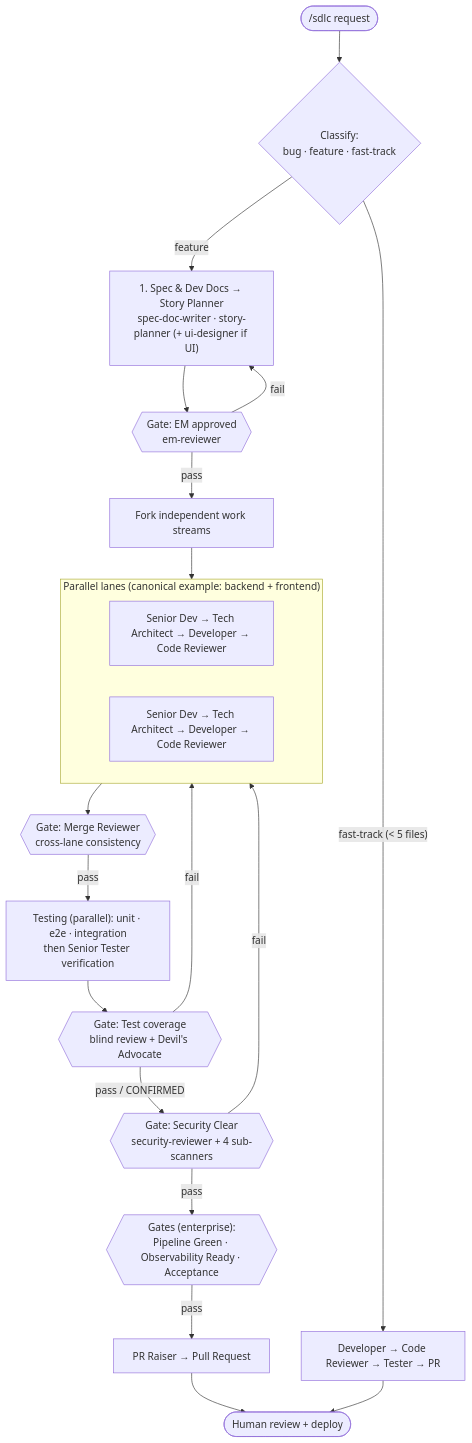
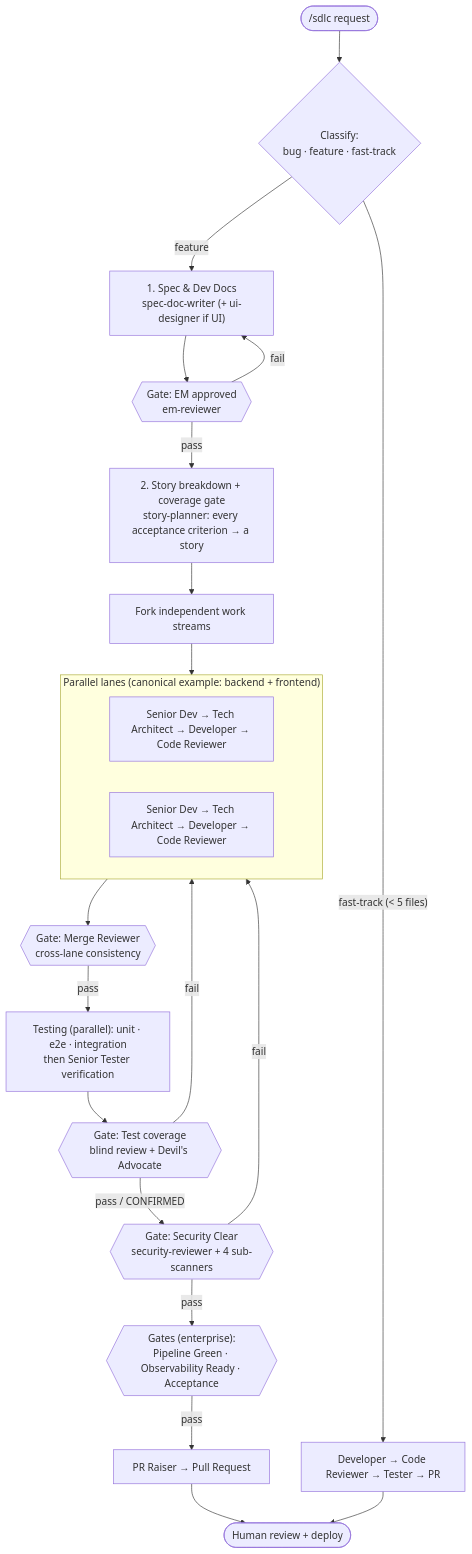
Before and after one commit to ajyadav013/claude-kit: the third of 4 diagrams in docs/architecture.md, drawn with Mermaid. The commit also changed 15 other files, not shown here.

````diff
--- a/docs/architecture.md
+++ b/docs/architecture.md
@@ -86,31 +86,32 @@
 ```mermaid
 flowchart TD
     REQ(["/sdlc request"]) --> CLS{"Classify:<br/>bug · feature · fast-track"}
 
-    CLS -->|"feature"| SPEC["1. Spec & Dev Docs → Story Planner<br/>spec-doc-writer · story-planner (+ ui-designer if UI)"]
+    CLS -->|"feature"| SPEC["1. Spec & Dev Docs<br/>spec-doc-writer (+ ui-designer if UI)"]
     SPEC --> EM{{"Gate: EM approved<br/>em-reviewer"}}
 
-    EM -->|"pass"| FORK["Fork independent work streams"]
+    EM -->|"pass"| STORY["2. Story breakdown + coverage gate<br/>story-planner: every acceptance criterion → a story"]
+    STORY --> FORK["Fork independent work streams"]
     subgraph LANES["Parallel lanes (canonical example: backend + frontend)"]
         direction LR
         L1["Senior Dev → Tech Architect → Developer → Code Reviewer"]
         L2["Senior Dev → Tech Architect → Developer → Code Reviewer"]
     end
     FORK --> LANES
     LANES --> MR1{{"Gate: Merge Reviewer<br/>cross-lane consistency"}}
 
     MR1 -->|"pass"| TEST["Testing (parallel): unit · e2e · integration<br/>then Senior Tester verification"]
     TEST --> TCG{{"Gate: Test coverage<br/>blind review + Devil's Advocate"}}
 
     TCG -->|"pass / CONFIRMED"| SEC{{"Gate: Security Clear<br/>security-reviewer + 4 sub-scanners"}}
     SEC -->|"pass"| OPS{{"Gates (enterprise):<br/>Pipeline Green · Observability Ready · Acceptance"}}
     OPS -->|"pass"| PR["PR Raiser → Pull Request"]
     PR --> HUMAN(["Human review + deploy"])
 
     CLS -->|"fast-track (< 5 files)"| FT["Developer → Code Reviewer → Tester → PR"]
     FT --> HUMAN
 
     EM -->|"fail"| SPEC
     TCG -->|"fail"| LANES
     SEC -->|"fail"| LANES
 ```
````
